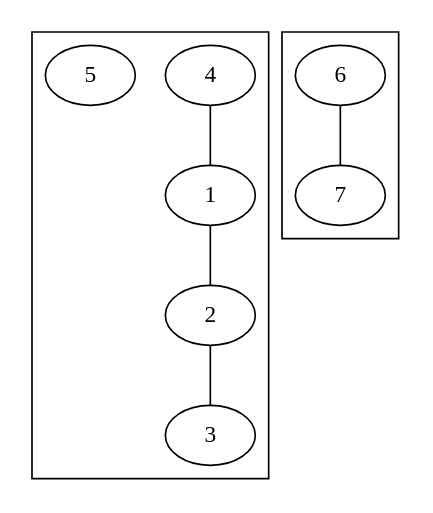
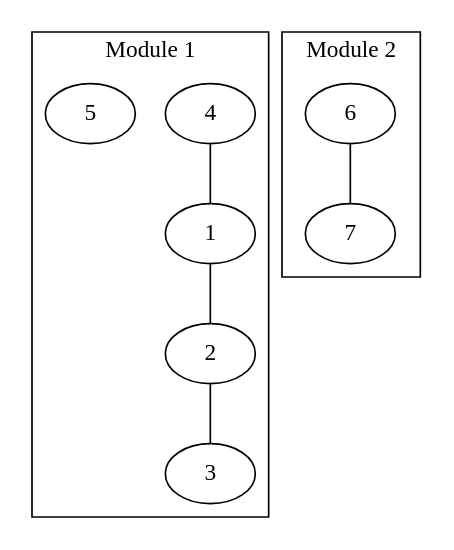
Before and after one commit to MrBoboGet/BachelorThesis: the diagram in Paper/Graph2.dot, drawn with Graphviz. The commit also changed 4 other files, not shown here.

```diff
--- a/Paper/Graph2.dot
+++ b/Paper/Graph2.dot
@@ -1,26 +1,28 @@
 graph G
 {
     1 -- 2;
     2 -- 3;
     //3 -- 1;
 
     4 -- 1;
 
     //5 -- {1 2 3 4};
     //6 -- {1 2 3 4};
     
     6 -- 7;
     subgraph cluster_1
     {
+        label="Module 2";
         6;
         7;
     }
     subgraph cluster_2
     {
+        label="Module 1";
         1;
         2;
         3;
         4;
         5;
     }
 }
```
